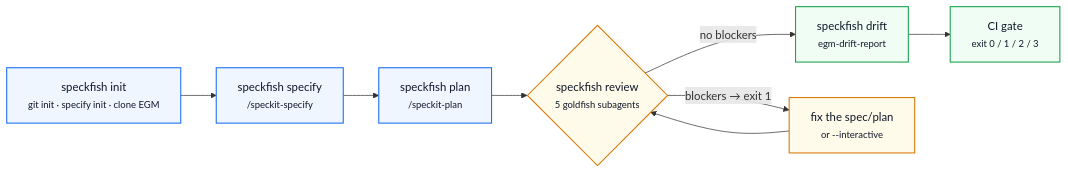
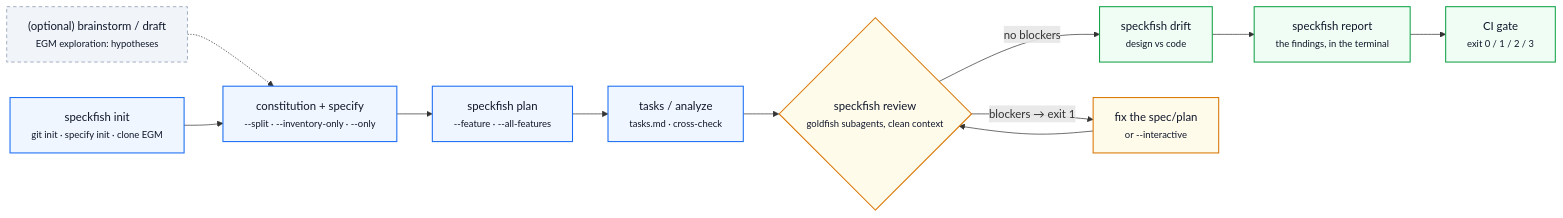
The first of 2 diagrams in README.md (jamartif/speckfish), drawn with Mermaid before and after one commit. The commit also changed other lines of this file and 2 other files, not shown here.

Commit message:
docs: full command reference, worked example and redrawn flow diagram

````diff
--- a/README.md
+++ b/README.md
@@ -22,18 +24,22 @@
 ```mermaid
 flowchart LR
+    O["(optional) brainstorm / draft<br/><small>EGM exploration: hypotheses</small>"] -.-> B
     A["speckfish init<br/><small>git init · specify init · clone EGM</small>"] --> B
-    B["speckfish specify<br/><small>/speckit-specify</small>"] --> C
-    C["speckfish plan<br/><small>/speckit-plan</small>"] --> D
-    D{"speckfish review<br/><small>5 goldfish subagents</small>"}
-    D -->|"no blockers"| E["speckfish drift<br/><small>egm-drift-report</small>"]
+    B["constitution + specify<br/><small>--split · --inventory-only · --only</small>"] --> C
+    C["speckfish plan<br/><small>--feature · --all-features</small>"] --> C2["tasks / analyze<br/><small>tasks.md · cross-check</small>"]
+    C2 --> D{"speckfish review<br/><small>goldfish subagents, clean context</small>"}
+    D -->|"no blockers"| E["speckfish drift<br/><small>design vs code</small>"]
     D -->|"blockers → exit 1"| F["fix the spec/plan<br/><small>or --interactive</small>"]
     F --> D
-    E --> G["CI gate<br/><small>exit 0 / 1 / 2 / 3</small>"]
+    E --> G["speckfish report<br/><small>the findings, in the terminal</small>"]
+    G --> H["CI gate<br/><small>exit 0 / 1 / 2 / 3</small>"]
 
     classDef step fill:#eff6ff,stroke:#1b6ef3,stroke-width:1.5px,color:#0f172a
     classDef gate fill:#fffbeb,stroke:#d97706,stroke-width:1.5px,color:#0f172a
     classDef out fill:#f0fdf4,stroke:#16a34a,stroke-width:1.5px,color:#0f172a
-    class A,B,C step
+    classDef soft fill:#f1f5f9,stroke:#94a3b8,stroke-width:1.2px,stroke-dasharray:5 4,color:#0f172a
+    class A,B,C,C2 step
     class D,F gate
-    class E,G out
+    class E,G,H out
+    class O soft
 ```
````
